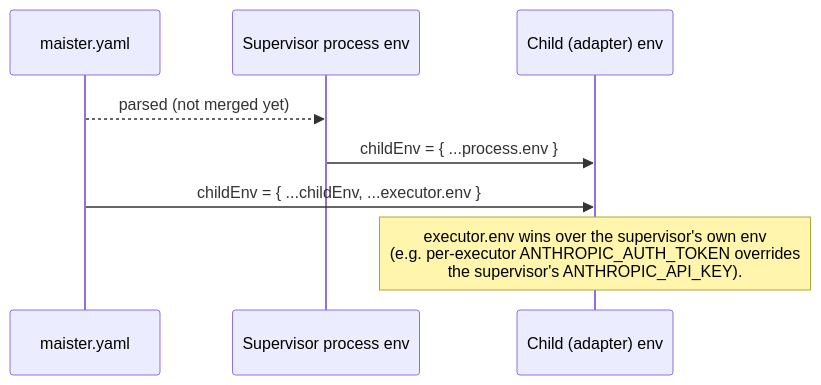
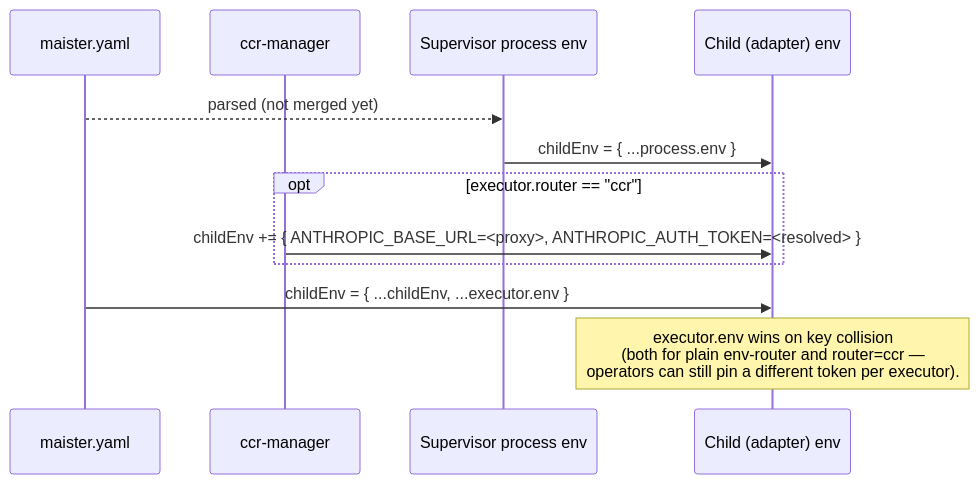
Before and after one commit to maister-dev/maister: the fifth of 5 diagrams in docs/system-analytics/executors.md, drawn with Mermaid. The commit also changed other lines of this file and 5 other files, not shown here.

````diff
--- a/docs/system-analytics/executors.md
+++ b/docs/system-analytics/executors.md
@@ -79,11 +175,15 @@
 ```mermaid
 sequenceDiagram
     participant CFG as maister.yaml
+    participant CCR as ccr-manager
     participant SV as Supervisor process env
     participant CH as Child (adapter) env
 
     CFG-->>SV: parsed (not merged yet)
     SV->>CH: childEnv = { ...process.env }
+    opt executor.router == "ccr"
+        CCR->>CH: childEnv += { ANTHROPIC_BASE_URL=<proxy>, ANTHROPIC_AUTH_TOKEN=<resolved> }
+    end
     CFG->>CH: childEnv = { ...childEnv, ...executor.env }
-    Note over CH: executor.env wins over the supervisor's own env<br/>(e.g. per-executor ANTHROPIC_AUTH_TOKEN overrides<br/>the supervisor's ANTHROPIC_API_KEY).
+    Note over CH: executor.env wins on key collision<br/>(both for plain env-router and router=ccr —<br/>operators can still pin a different token per executor).
 ```
````
